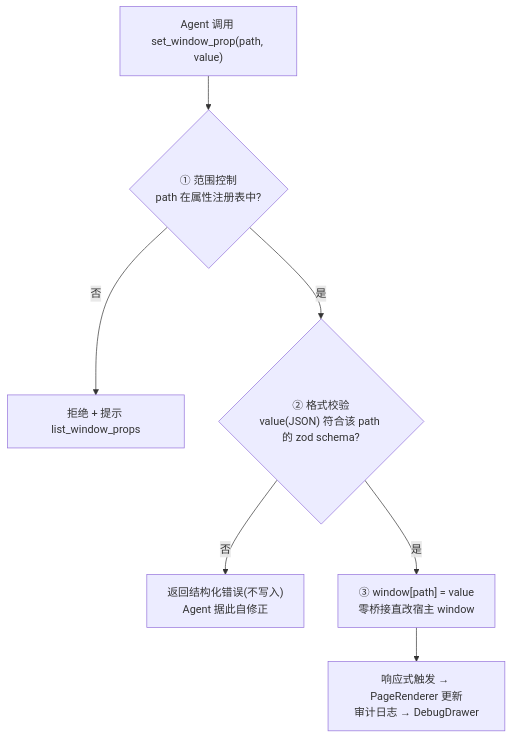
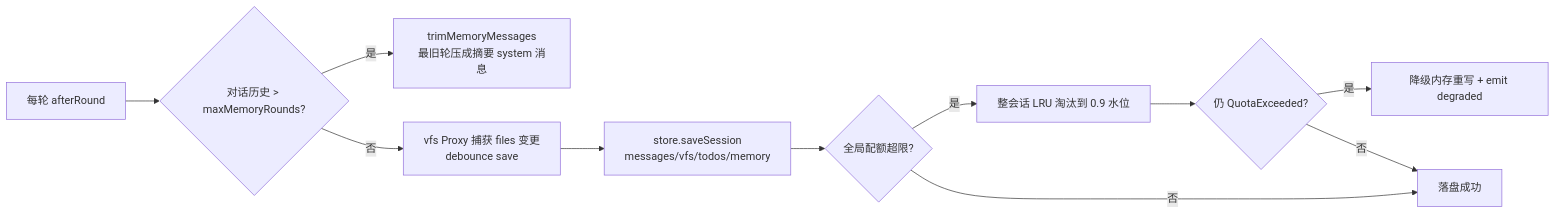
Before and after one commit to whyymj/chat-sdk: the sixth of 6 diagrams in doc/architecture.md, drawn with Mermaid. The commit also changed other lines of this file and 22 other files, not shown here.

````diff
--- a/doc/architecture.md
+++ b/doc/architecture.md
@@ -68,9 +200,13 @@
 ```mermaid
-flowchart TD
-  A["Agent 调用 set_window_prop(path, value)"] --> B{"① 范围控制<br/>path 在属性注册表中?"}
-  B -->|否| R1["拒绝 + 提示 list_window_props"]
-  B -->|是| C{"② 格式校验<br/>value(JSON) 符合该 path 的 zod schema?"}
-  C -->|否| R2["返回结构化错误(不写入)<br/>Agent 据此自修正"]
-  C -->|是| D["③ window[path] = value<br/>零桥接直改宿主 window"]
-  D --> E["响应式触发 → PageRenderer 更新<br/>审计日志 → DebugDrawer"]
+flowchart LR
+  A["每轮 afterRound"] --> B{"对话历史 > maxMemoryRounds?"}
+  B -->|是| C["trimMemoryMessages<br/>最旧轮压成摘要 system 消息"]
+  B -->|否| D["vfs Proxy 捕获 files 变更<br/>debounce save"]
+  D --> E["store.saveSession<br/>messages/vfs/todos/memory"]
+  E --> F{"全局配额超限?"}
+  F -->|是| G["整会话 LRU 淘汰到 0.9 水位"]
+  F -->|否| H["落盘成功"]
+  G --> I{"仍 QuotaExceeded?"}
+  I -->|是| J["降级内存重写 + emit degraded"]
+  I -->|否| H
 ```
````
